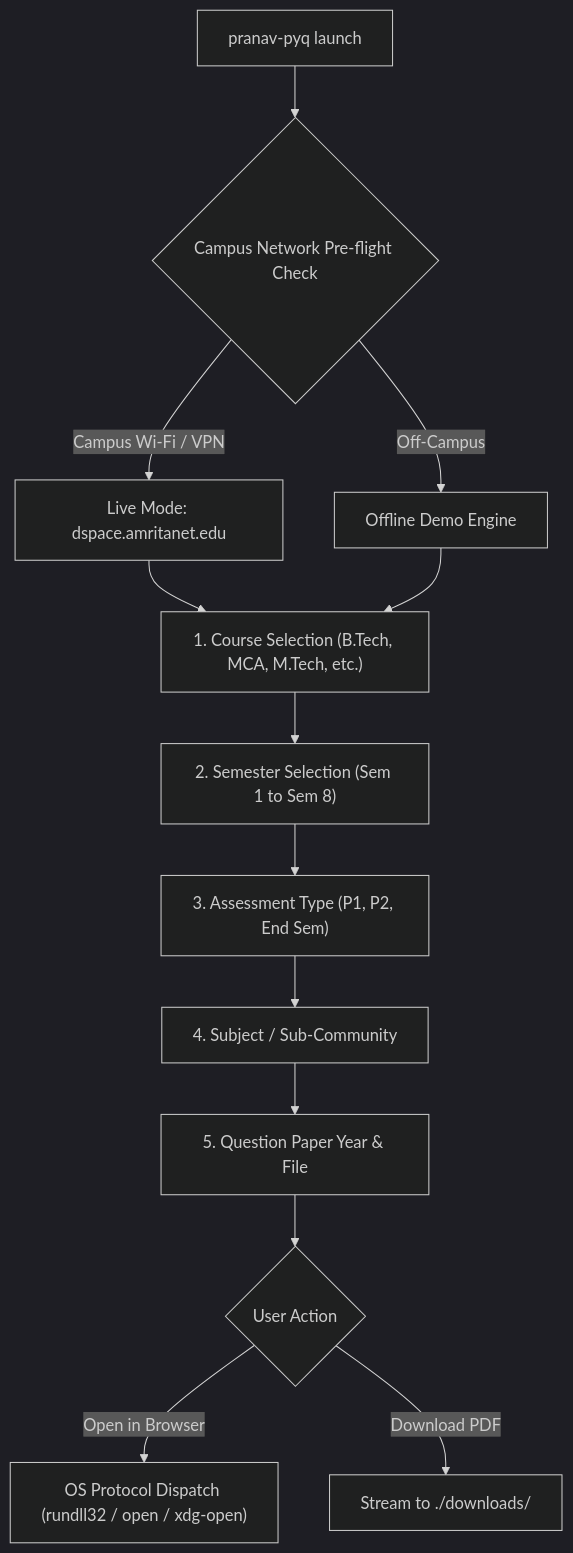
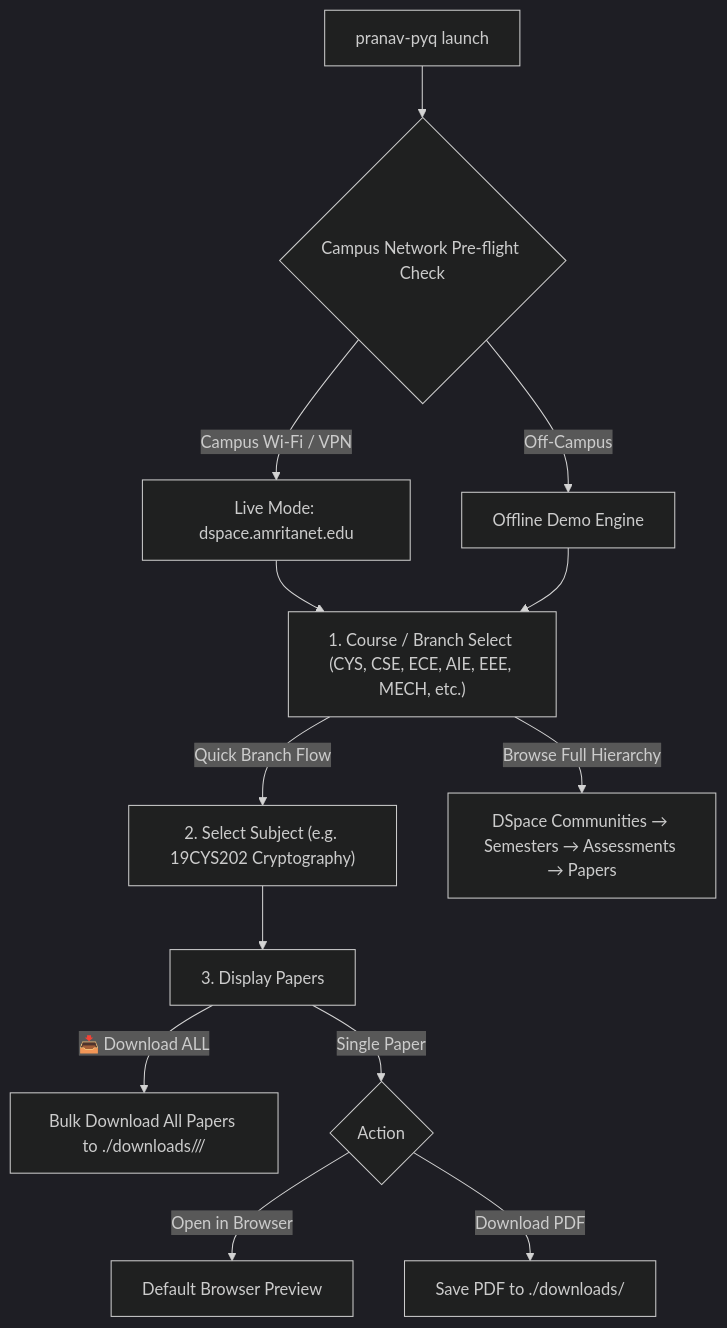
One commit to pkpranav-projects/PRANAV-PYQ-FETCHER-AMRITA changed the diagram in docs/index.md. Above: the diagram before and after it, drawn with Mermaid (dark theme). The commit also changed other lines of this file and 7 other files, not shown here.

Commit message:
feat: add course branch selection (CYS, CSE, ECE), subject chooser, and bulk download all papers

````diff
--- a/docs/index.md
+++ b/docs/index.md
@@ -78,18 +79,18 @@
 ```mermaid
 flowchart TD
     A["pranav-pyq launch"] --> B{"Campus Network Pre-flight Check"}
     B -->|"Campus Wi-Fi / VPN"| C["Live Mode: dspace.amritanet.edu"]
     B -->|"Off-Campus"| D["Offline Demo Engine"]
     
-    C --> M1["1. Course Selection (B.Tech, MCA, M.Tech, etc.)"]
+    C --> M1["1. Course / Branch Select (CYS, CSE, ECE, AIE, EEE, MECH, etc.)"]
     D --> M1
     
-    M1 --> M2["2. Semester Selection (Sem 1 to Sem 8)"]
-    M2 --> M3["3. Assessment Type (P1, P2, End Sem)"]
-    M3 --> M4["4. Subject / Sub-Community"]
-    M4 --> M5["5. Question Paper Year & File"]
+    M1 -->|"Quick Branch Flow"| M2["2. Select Subject (e.g. 19CYS202 Cryptography)"]
+    M2 --> M3["3. Display Papers"]
+    M3 -->|"📥 Download ALL"| BULK["Bulk Download All Papers to ./downloads/<Branch>/<Subject>/"]
+    M3 -->|"Single Paper"| ACT{"Action"}
+    ACT -->|"Open in Browser"| BROWSER["Default Browser Preview"]
+    ACT -->|"Download PDF"| DISK["Save PDF to ./downloads/"]
     
-    M5 --> ACT{"User Action"}
-    ACT -->|"Open in Browser"| BROWSER["OS Protocol Dispatch (rundll32 / open / xdg-open)"]
-    ACT -->|"Download PDF"| DISK["Stream to ./downloads/"]
+    M1 -->|"Browse Full Hierarchy"| H1["DSpace Communities → Semesters → Assessments → Papers"]
 ```
````
